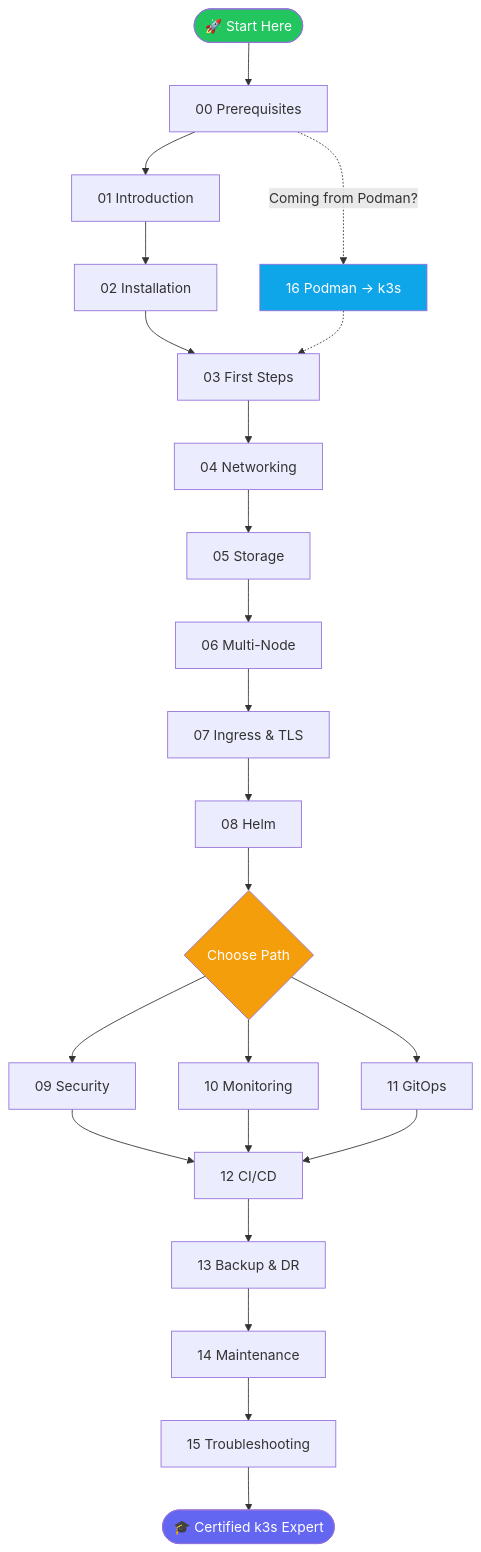
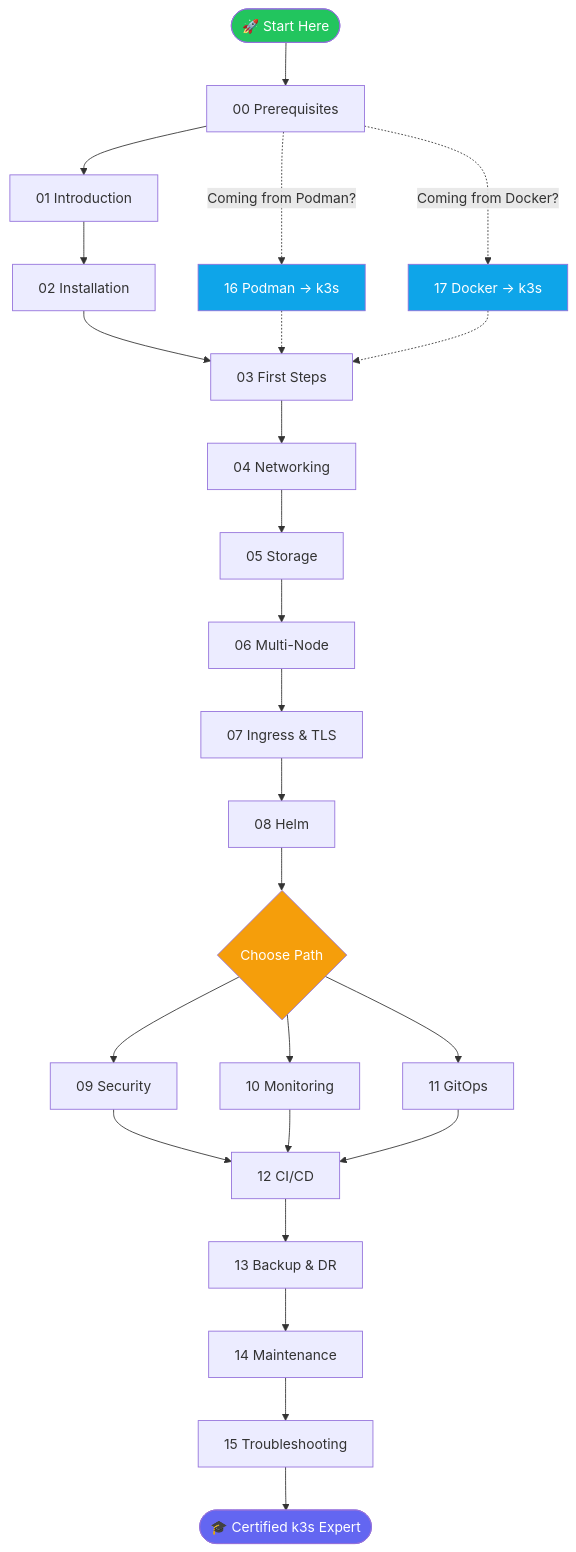
One commit to UncleJS/course_k3s changed the diagram in README.md. Above: the diagram before and after it, drawn with Mermaid. The commit also changed other lines of this file and 21 other files, not shown here.

````diff
--- a/README.md
+++ b/README.md
@@ -60,30 +61,33 @@
 ```mermaid
 flowchart TD
     A([🚀 Start Here]) --> B[00 Prerequisites]
     B --> C[01 Introduction]
     C --> D[02 Installation]
     D --> E[03 First Steps]
     E --> F[04 Networking]
     F --> G[05 Storage]
     G --> H[06 Multi-Node]
     H --> I[07 Ingress & TLS]
     I --> J[08 Helm]
     J --> K{Choose Path}
     K --> L[09 Security]
     K --> M[10 Monitoring]
     K --> N[11 GitOps]
     L --> O[12 CI/CD]
     M --> O
     N --> O
     O --> P[13 Backup & DR]
     P --> Q[14 Maintenance]
     Q --> R[15 Troubleshooting]
     R --> S([🎓 Certified k3s Expert])
     B -.->|Coming from Podman?| T[16 Podman → k3s]
     T -.-> E
+    B -.->|Coming from Docker?| U[17 Docker → k3s]
+    U -.-> E
 
     style A fill:#22c55e,color:#fff
     style S fill:#6366f1,color:#fff
     style K fill:#f59e0b,color:#fff
     style T fill:#0ea5e9,color:#fff
+    style U fill:#0ea5e9,color:#fff
 ```
````
